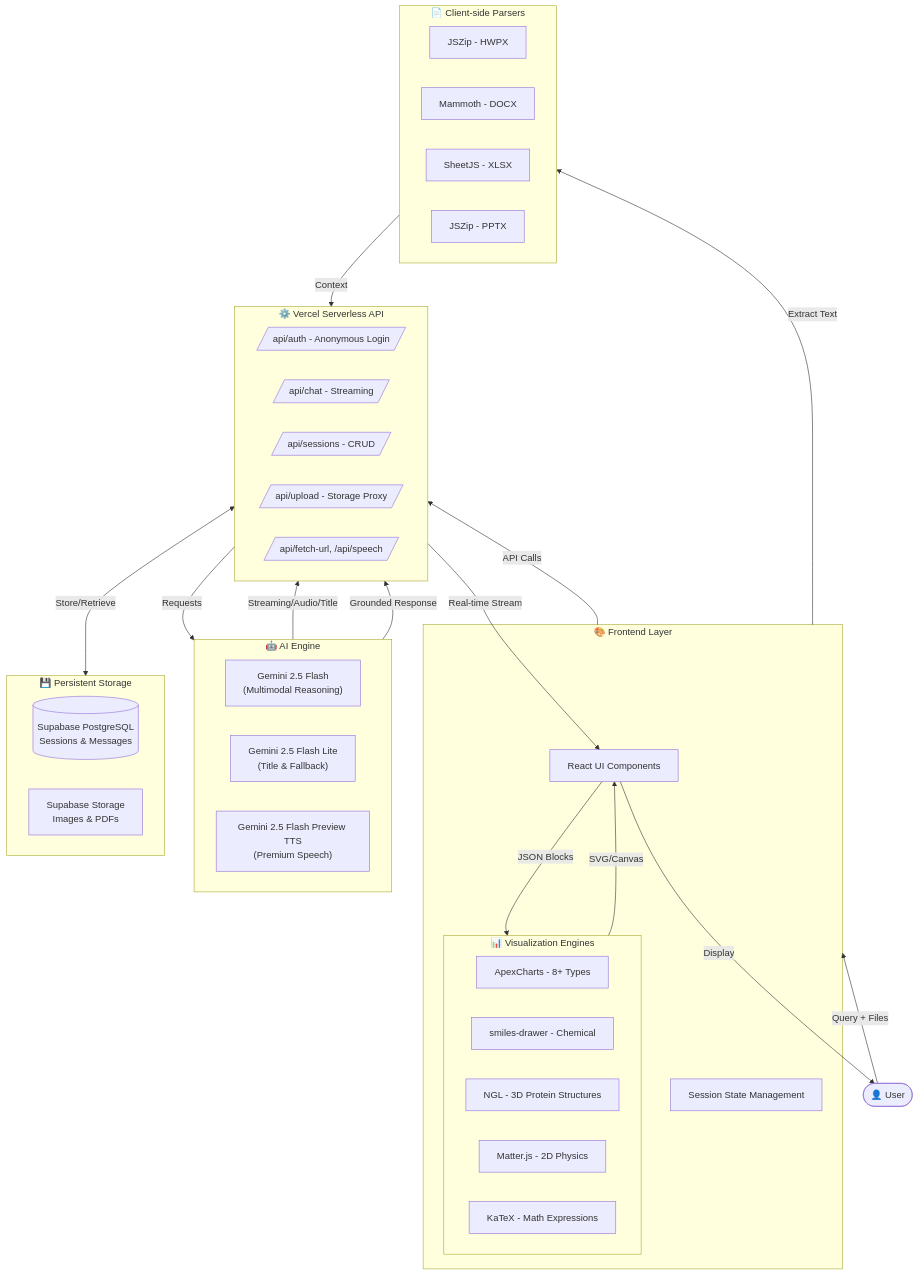
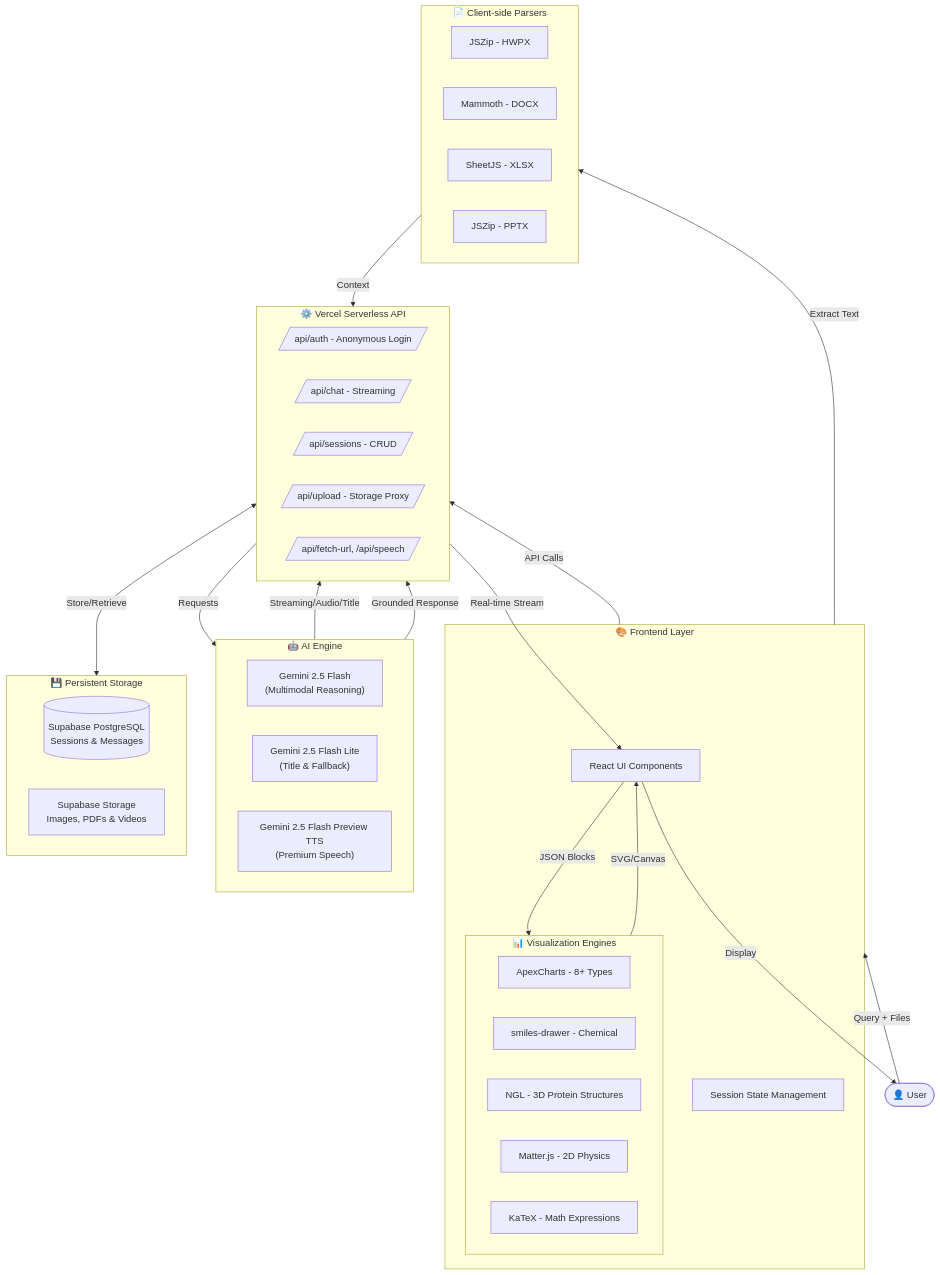
The diagram in README.md (jpjp92/chat-agent), drawn with Mermaid before and after one commit. The commit also changed other lines of this file and 5 other files, not shown here.

````diff
--- a/README.md
+++ b/README.md
@@ -62,55 +62,55 @@
 ```mermaid
 flowchart TB
     User([👤 User])
     
     subgraph Frontend["🎨 Frontend Layer"]
         UI[React UI Components]
         subgraph Viz["📊 Visualization Engines"]
             Apex[ApexCharts - 8+ Types]
             SMILES[smiles-drawer - Chemical]
             NGL[NGL - 3D Protein Structures]
             Matter[Matter.js - 2D Physics]
             KaTeX[KaTeX - Math Expressions]
         end
         State[Session State Management]
     end
     
     subgraph Backend["⚙️ Vercel Serverless API"]
         Auth[/api/auth - Anonymous Login/]
         Chat[/api/chat - Streaming/]
         Sessions[/api/sessions - CRUD/]
         Upload[/api/upload - Storage Proxy/]
         Tools[/api/fetch-url, /api/speech/]
     end
     
     subgraph AI["🤖 AI Engine"]
         Gemini["Gemini 2.5 Flash<br/>(Multimodal Reasoning)"]
         GeminiLite["Gemini 2.5 Flash Lite<br/>(Title & Fallback)"]
         TTS["Gemini 2.5 Flash Preview TTS<br/>(Premium Speech)"]
     end
     
     subgraph Storage["💾 Persistent Storage"]
         DB[(Supabase PostgreSQL<br/>Sessions & Messages)]
-        Files[Supabase Storage<br/>Images & PDFs]
+        Files[Supabase Storage<br/>Images, PDFs & Videos]
     end
     
     subgraph Parser["📄 Client-side Parsers"]
         HWPX[JSZip - HWPX]
         DOCX[Mammoth - DOCX]
         XLSX[SheetJS - XLSX]
         PPTX[JSZip - PPTX]
     end
     
     User -->|Query + Files| Frontend
     Frontend -->|API Calls| Backend
     Backend -->|Requests| AI
     AI -->|Streaming/Audio/Title| Backend
     Backend <-->|Store/Retrieve| Storage
     Frontend -->|Extract Text| Parser
     Parser -->|Context| Backend
     AI -->|Grounded Response| Backend
     Backend -->|Real-time Stream| UI
     UI -->|JSON Blocks| Viz
     Viz -->|SVG/Canvas| UI
     UI -->|Display| User
 ```
````
